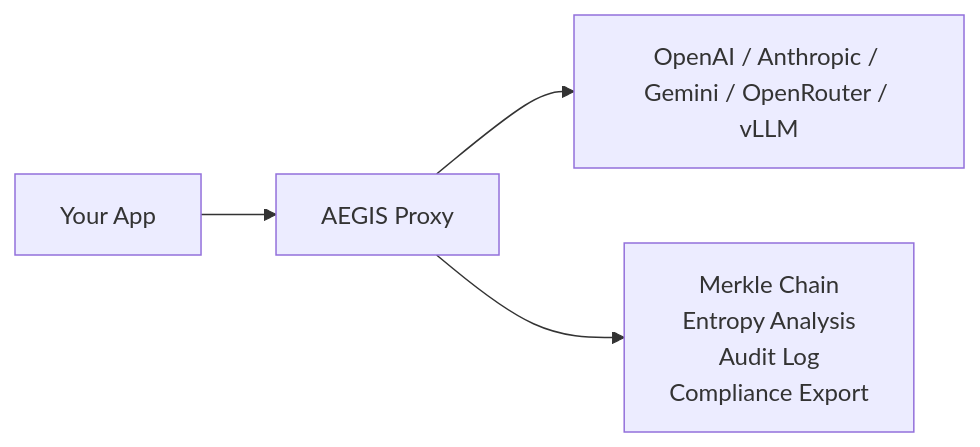
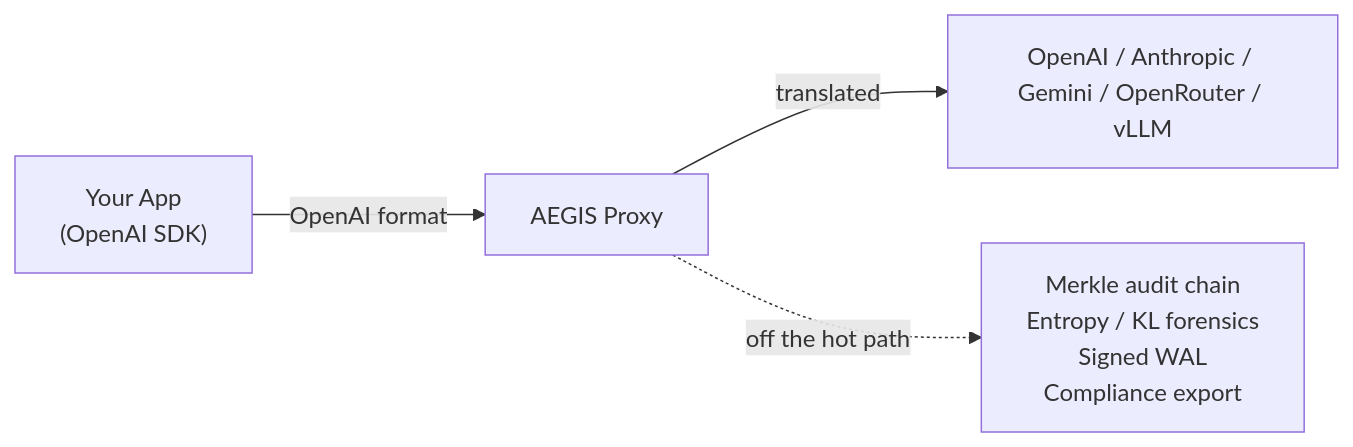
The first of 2 diagrams in README.md (block-stacker/aegis-latent-core), drawn with Mermaid before and after one commit. The commit also changed other lines of this file and 10 other files, not shown here.

````diff
--- a/README.md
+++ b/README.md
@@ -33,9 +39,9 @@
 ```mermaid
 flowchart LR
-  Client["Your App"]
+  Client["Your App<br/>(OpenAI SDK)"]
   Proxy["AEGIS Proxy"]
   Upstream["OpenAI / Anthropic / Gemini / OpenRouter / vLLM"]
-  Forensics["Merkle Chain<br/>Entropy Analysis<br/>Audit Log<br/>Compliance Export"]
-  Client --> Proxy --> Upstream
-  Proxy --> Forensics
+  Forensics["Merkle audit chain<br/>Entropy / KL forensics<br/>Signed WAL<br/>Compliance export"]
+  Client -->|"OpenAI format"| Proxy -->|"translated"| Upstream
+  Proxy -.->|"off the hot path"| Forensics
 ```
````
